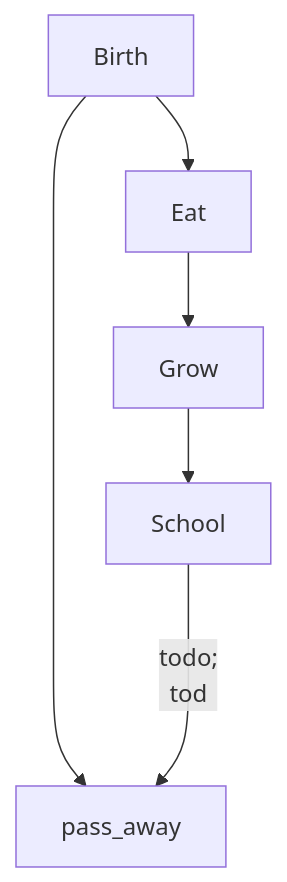
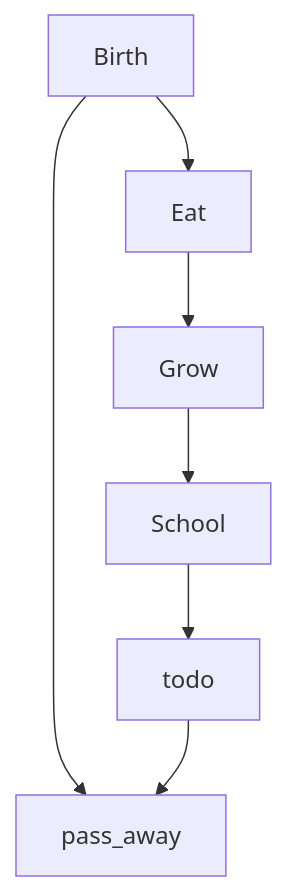
One commit to nonso01/nonso01 changed the diagram in README.md. Above: the diagram before and after it, drawn with Mermaid.

````diff
--- a/README.md
+++ b/README.md
@@ -50,11 +50,11 @@
 ```mermaid
 graph TD;
 
 Birth-->Eat;
 Birth-->pass_away;
 Eat-->Grow;
 Grow-->School;
-School--todo;
+School-->todo;
 todo-->pass_away;
 
 ```
````
